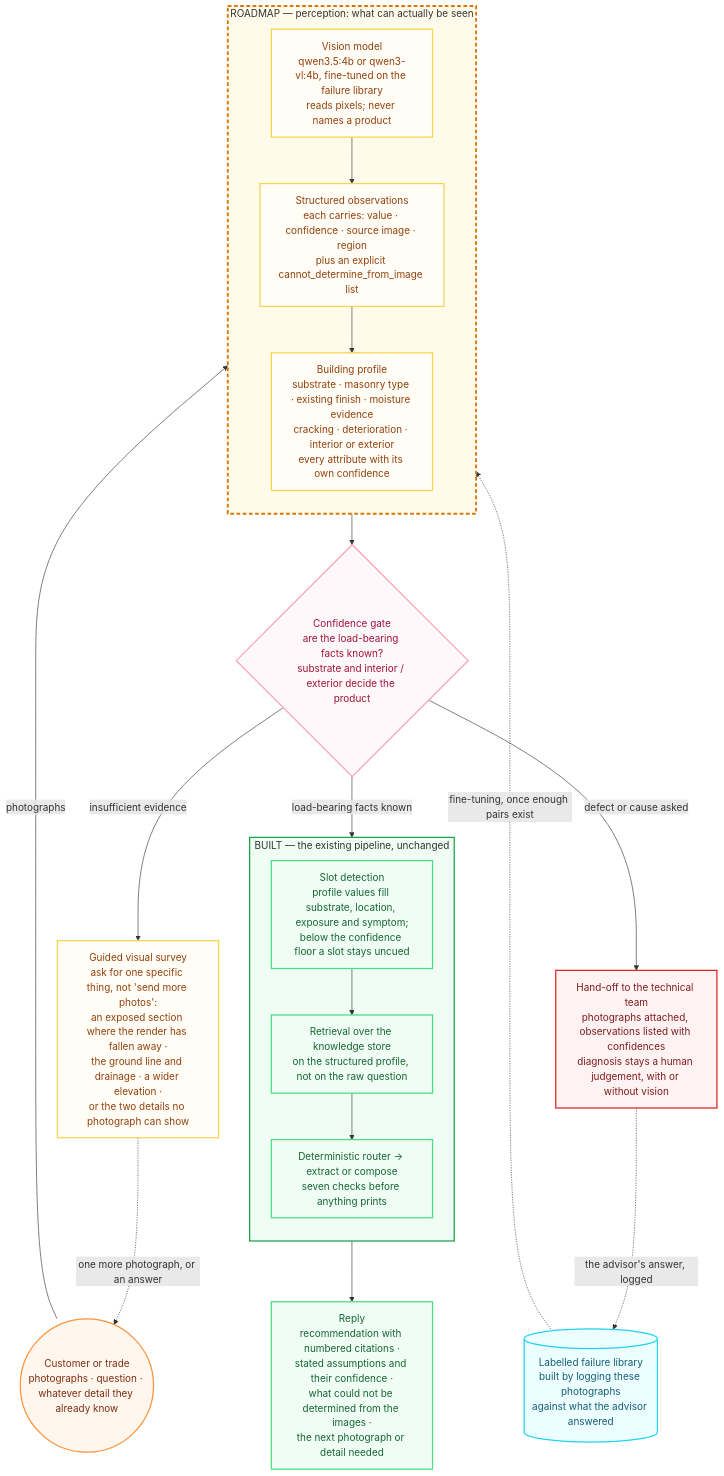
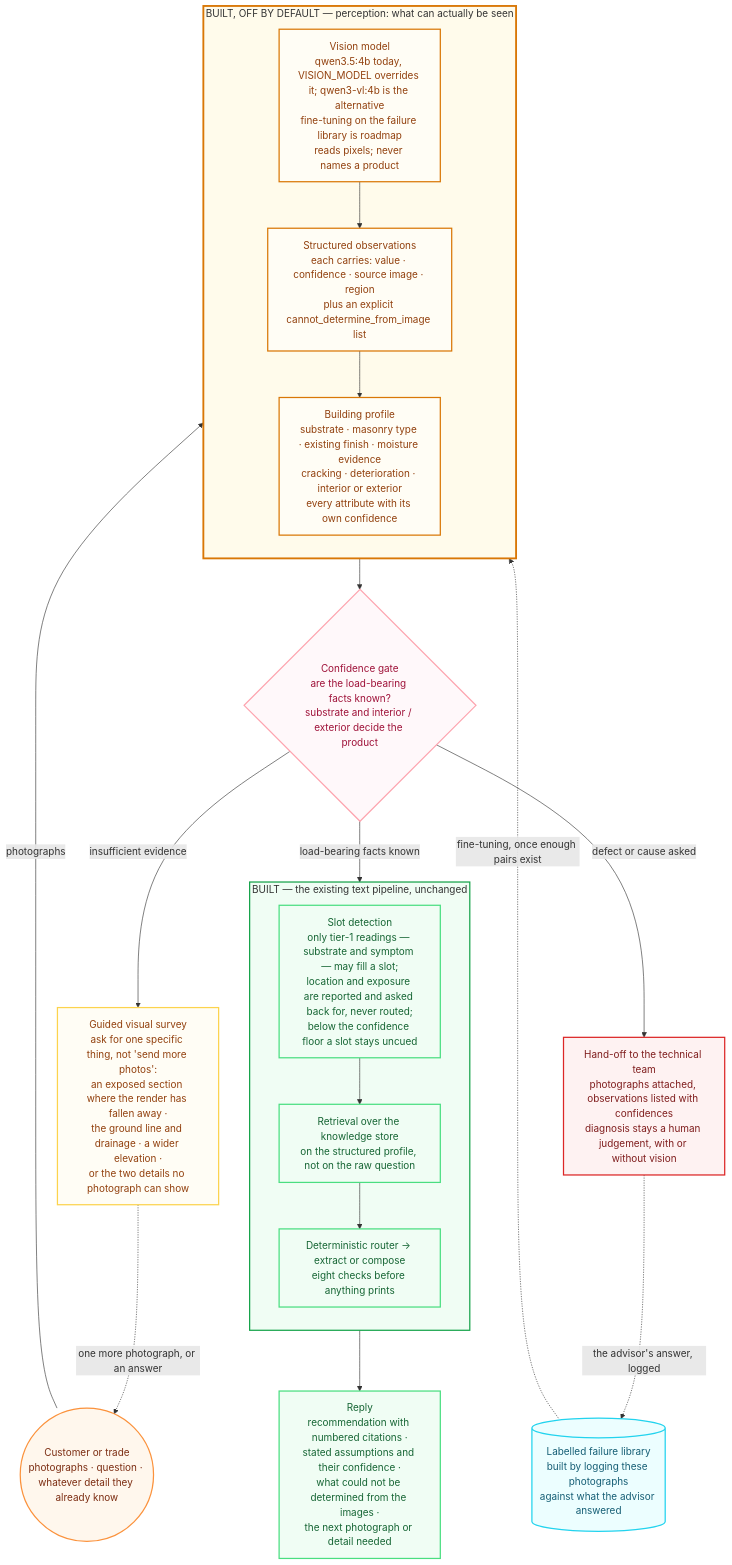
The third of 3 diagrams in docs/architecture.md (AathiraTD/technical-knowledge-assistant), drawn with Mermaid before and after one commit. The commit also changed other lines of this file and 74 other files, not shown here.

````diff
--- a/docs/architecture.md
+++ b/docs/architecture.md
@@ -227,55 +228,57 @@
 ```mermaid
 flowchart TD
     classDef roadmap fill:#fffdf5,stroke:#fcd34d,color:#92400e,stroke-width:2px
+    classDef gated fill:#fffdf5,stroke:#d97706,color:#92400e,stroke-width:2px
     classDef built fill:#f0fdf4,stroke:#4ade80,color:#166534,stroke-width:2px
     classDef gate fill:#fff8fa,stroke:#fda4af,color:#9f1239,stroke-width:2px
     classDef human fill:#fef2f2,stroke:#dc2626,color:#7f1d1d,stroke-width:2px
     classDef data fill:#ecfeff,stroke:#22d3ee,color:#155e75,stroke-width:2px
     classDef person fill:#fff7ed,stroke:#fb923c,color:#7c2d12,stroke-width:2px
 
     USER(("Customer or trade<br/>photographs · question · whatever detail they already know"))
 
-    subgraph PERCEPTION["ROADMAP — perception: what can actually be seen"]
+    subgraph PERCEPTION["BUILT, OFF BY DEFAULT — perception: what can actually be seen"]
         direction TB
-        VLM["Vision model<br/>qwen3.5:4b or qwen3-vl:4b, fine-tuned on the failure library<br/>reads pixels; never names a product"]
+        VLM["Vision model<br/>qwen3.5:4b today, VISION_MODEL overrides it; qwen3-vl:4b is the alternative<br/>fine-tuning on the failure library is roadmap<br/>reads pixels; never names a product"]
         OBS["Structured observations<br/>each carries: value · confidence · source image · region<br/>plus an explicit cannot_determine_from_image list"]
         PROFILE["Building profile<br/>substrate · masonry type · existing finish · moisture evidence<br/>cracking · deterioration · interior or exterior<br/>every attribute with its own confidence"]
         VLM --> OBS --> PROFILE
     end
 
     GATE{"Confidence gate<br/>are the load-bearing facts known?<br/>substrate and interior / exterior decide the product"}
     ELICIT["Guided visual survey<br/>ask for one specific thing, not 'send more photos':<br/>an exposed section where the render has fallen away ·<br/>the ground line and drainage · a wider elevation ·<br/>or the two details no photograph can show"]
 
-    subgraph BUILTPIPE["BUILT — the existing pipeline, unchanged"]
+    subgraph BUILTPIPE["BUILT — the existing text pipeline, unchanged"]
         direction TB
-        SLOTS2["Slot detection<br/>profile values fill substrate, location, exposure and symptom;<br/>below the confidence floor a slot stays uncued"]
+        SLOTS2["Slot detection<br/>only tier-1 readings — substrate and symptom — may fill a slot;<br/>location and exposure are reported and asked back for, never routed;<br/>below the confidence floor a slot stays uncued"]
         RETR["Retrieval over the knowledge store<br/>on the structured profile, not on the raw question"]
-        ENGINE["Deterministic router → extract or compose<br/>seven checks before anything prints"]
+        ENGINE["Deterministic router → extract or compose<br/>eight checks before anything prints"]
         SLOTS2 --> RETR --> ENGINE
     end
 
     HUMAN["Hand-off to the technical team<br/>photographs attached, observations listed with confidences<br/>diagnosis stays a human judgement, with or without vision"]
     LIB[("Labelled failure library<br/>built by logging these photographs<br/>against what the advisor answered")]
 
     OUT["Reply<br/>recommendation with numbered citations ·<br/>stated assumptions and their confidence ·<br/>what could not be determined from the images ·<br/>the next photograph or detail needed"]
 
     USER -->|"photographs"| VLM
     PROFILE --> GATE
     GATE -->|"insufficient evidence"| ELICIT
     ELICIT -.->|"one more photograph, or an answer"| USER
     GATE -->|"load-bearing facts known"| SLOTS2
     GATE -->|"defect or cause asked"| HUMAN
     ENGINE --> OUT
     HUMAN -.->|"the advisor's answer, logged"| LIB
     LIB -.->|"fine-tuning, once enough pairs exist"| VLM
 
     class USER person
-    class VLM,OBS,PROFILE,ELICIT roadmap
+    class VLM,OBS,PROFILE gated
+    class ELICIT roadmap
     class SLOTS2,RETR,ENGINE,OUT built
     class GATE gate
     class HUMAN human
     class LIB data
 
-    style PERCEPTION fill:#fffbeb,stroke:#d97706,stroke-width:3px,stroke-dasharray:6 4
+    style PERCEPTION fill:#fffbeb,stroke:#d97706,stroke-width:3px
     style BUILTPIPE fill:#f0fdf4,stroke:#16a34a,stroke-width:2px
 ```
````
